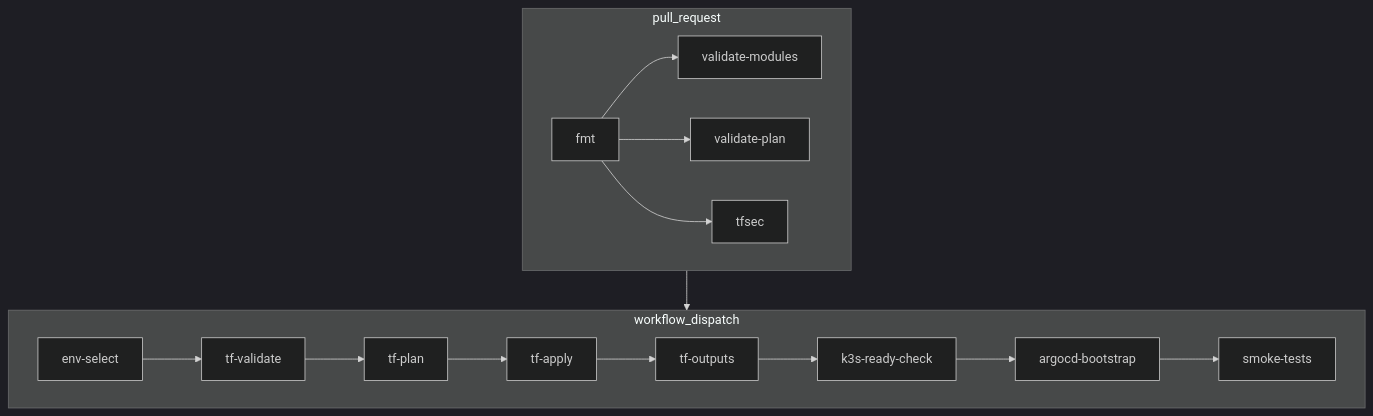
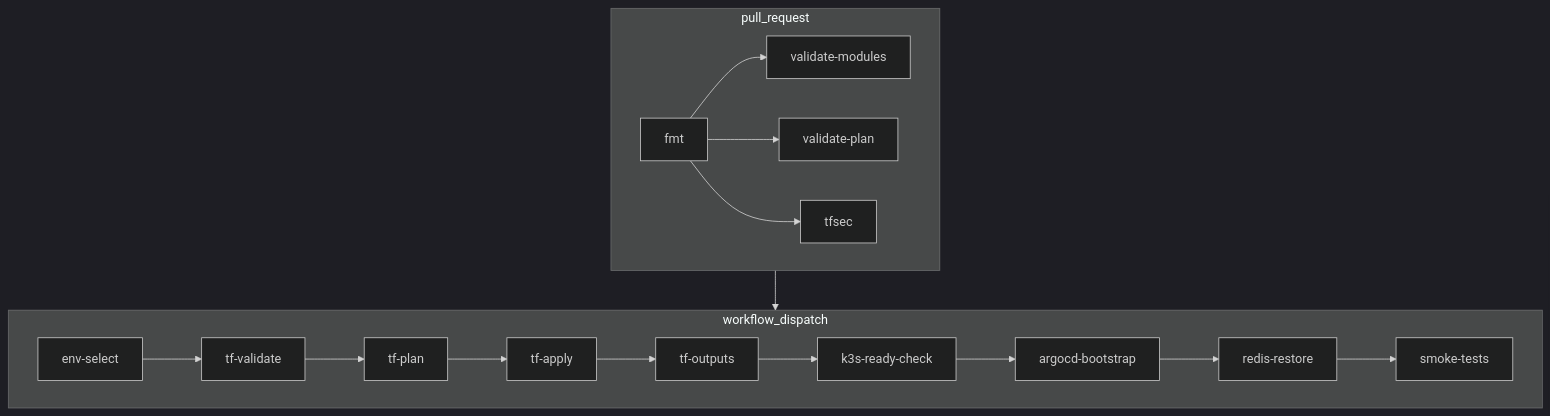
Before and after one commit to ClementV78/CloudRadar: the diagram in docs/runbooks/ci-cd/ci-infra.md, drawn with Mermaid (dark theme). The commit also changed other lines of this file and 2 other files, not shown here.

First line of the commit message:
feat(ci): automate Redis backup/restore in infra workflows

````diff
--- a/docs/runbooks/ci-cd/ci-infra.md
+++ b/docs/runbooks/ci-cd/ci-infra.md
@@ -60,28 +62,29 @@
 ```mermaid
 flowchart TB
   subgraph PR["pull_request"]
     fmt[fmt]
     validate-modules[validate-modules]
     validate-plan[validate-plan]
     tfsec[tfsec]
     fmt --> validate-modules
     fmt --> validate-plan
     fmt --> tfsec
   end
 
   subgraph Dispatch["workflow_dispatch"]
     env-select[env-select]
     tf-validate[tf-validate]
     tf-plan[tf-plan]
     tf-apply[tf-apply]
     tf-outputs[tf-outputs]
     k3s-ready-check[k3s-ready-check]
     argocd-bootstrap[argocd-bootstrap]
+    redis-restore[redis-restore]
     smoke-tests[smoke-tests]
 
     env-select --> tf-validate --> tf-plan --> tf-apply --> tf-outputs
-    tf-outputs --> k3s-ready-check --> argocd-bootstrap --> smoke-tests
+    tf-outputs --> k3s-ready-check --> argocd-bootstrap --> redis-restore --> smoke-tests
   end
 
   PR --> Dispatch
 ```
````
